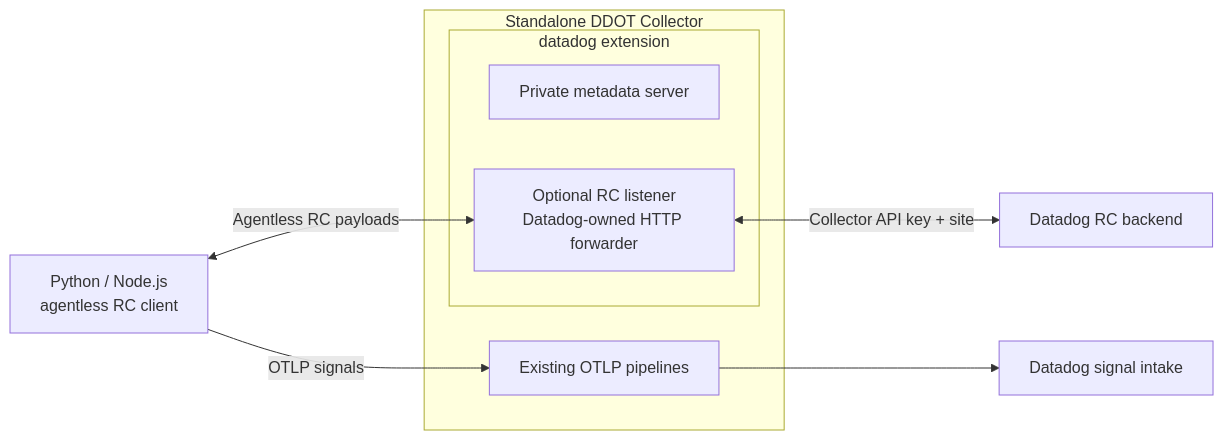
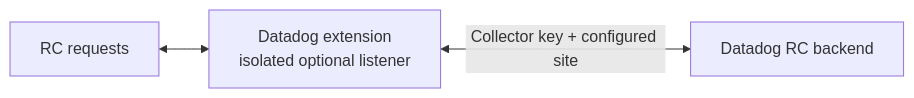
Before and after one commit to DataDog/datadog-agent: the diagram in comp/otelcol/otlp/components/extension/datadogextension/README.md, drawn with Mermaid. The commit also changed other lines of this file and 7 other files, not shown here.

````diff
--- a/comp/otelcol/otlp/components/extension/datadogextension/README.md
+++ b/comp/otelcol/otlp/components/extension/datadogextension/README.md
@@ -13,15 +7,5 @@
 ```mermaid
 flowchart LR
-  SDK["Python / Node.js<br/>agentless RC client"]
-  subgraph DDOT["Standalone DDOT Collector"]
-    subgraph DD["datadog extension"]
-      META["Private metadata server"]
-      RC["Optional RC listener<br/>Datadog-owned HTTP forwarder"]
-    end
-    OTLP["Existing OTLP pipelines"]
-  end
-  SDK <-->|"Agentless RC payloads"| RC
-  RC <-->|"Collector API key + site"| BACKEND["Datadog RC backend"]
-  SDK -->|"OTLP signals"| OTLP
-  OTLP --> INTAKE["Datadog signal intake"]
+  RC["RC requests"] <--> EXT["Datadog extension<br/>isolated optional listener"]
+  EXT <-->|"Collector key + configured site"| BACKEND["Datadog RC backend"]
 ```
````
